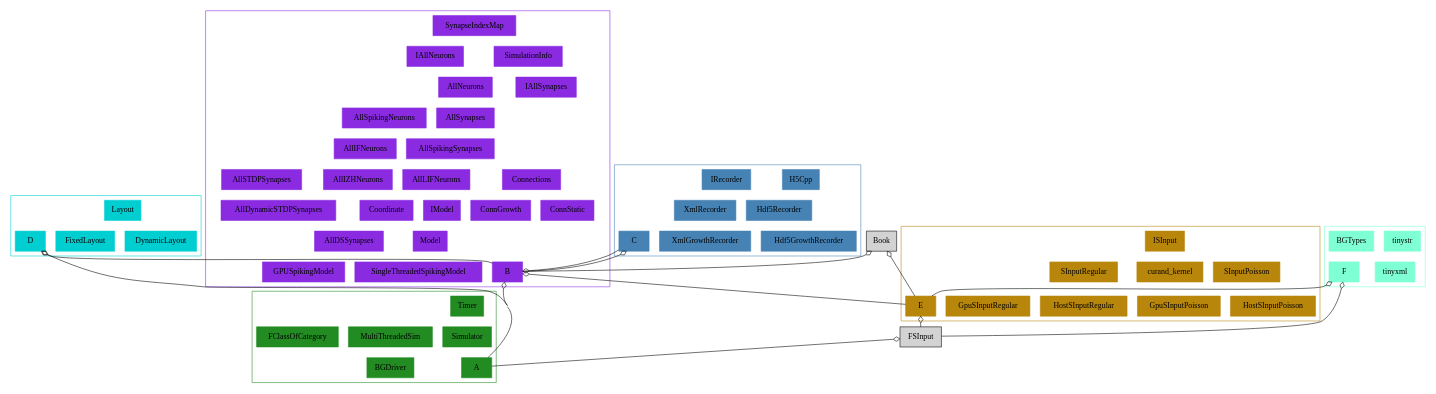
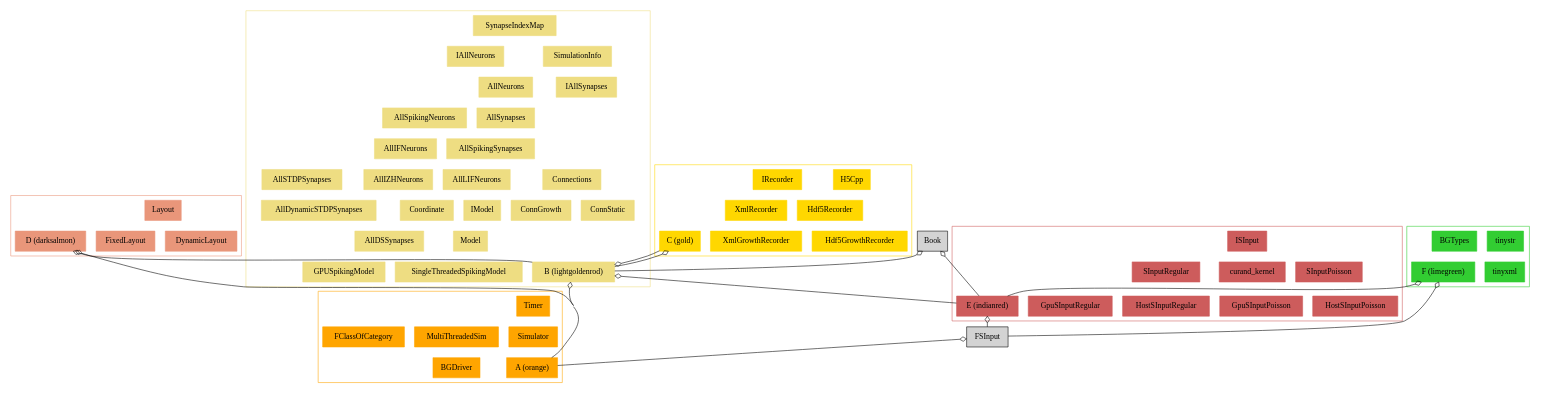
The diagram in Tools/DiagramGenerator/ExampleOutputs/out_block_overview.dot (UWB-Biocomputing/BrainGrid), drawn with Graphviz before and after one commit. The commit also changed 9 other files, not shown here.

```diff
--- a/Tools/DiagramGenerator/ExampleOutputs/out_block_overview.dot
+++ b/Tools/DiagramGenerator/ExampleOutputs/out_block_overview.dot
@@ -7,15 +7,15 @@
 
 
 	subgraph clusterA {
-		node [shape = record];
+		color = orange
+		node [shape = record, color = orange];
 
-		color = forestgreen
-		BGDriver[label = BGDriver, style = filled, color = forestgreen];
-		FClassOfCategory[label = FClassOfCategory, style = filled, color = forestgreen];
-		MultiThreadedSim[label = MultiThreadedSim, style = filled, color = forestgreen];
-		Simulator[label = Simulator, style = filled, color = forestgreen];
-		Timer[label = Timer, style = filled, color = forestgreen];
-		A[label = A, style = filled, color = forestgreen];
+		BGDriver[label = BGDriver, style = filled];
+		FClassOfCategory[label = FClassOfCategory, style = filled];
+		MultiThreadedSim[label = MultiThreadedSim, style = filled];
+		Simulator[label = Simulator, style = filled];
+		Timer[label = Timer, style = filled];
+		A[label = "A (orange)", style = filled];
 
 
 		//------LAYOUT FOR SUBGRAPH------
@@ -42,32 +42,32 @@
 
 
 	subgraph clusterB {
-		node [shape = record];
+		color = lightgoldenrod
+		node [shape = record, color = lightgoldenrod];
 
-		color = blueviolet
-		AllDSSynapses[label = AllDSSynapses, style = filled, color = blueviolet];
-		AllDynamicSTDPSynapses[label = AllDynamicSTDPSynapses, style = filled, color = blueviolet];
-		AllIFNeurons[label = AllIFNeurons, style = filled, color = blueviolet];
-		AllIZHNeurons[label = AllIZHNeurons, style = filled, color = blueviolet];
-		AllLIFNeurons[label = AllLIFNeurons, style = filled, color = blueviolet];
-		AllNeurons[label = AllNeurons, style = filled, color = blueviolet];
-		AllSTDPSynapses[label = AllSTDPSynapses, style = filled, color = blueviolet];
-		AllSpikingNeurons[label = AllSpikingNeurons, style = filled, color = blueviolet];
-		AllSpikingSynapses[label = AllSpikingSynapses, style = filled, color = blueviolet];
-		AllSynapses[label = AllSynapses, style = filled, color = blueviolet];
-		ConnGrowth[label = ConnGrowth, style = filled, color = blueviolet];
-		ConnStatic[label = ConnStatic, style = filled, color = blueviolet];
-		Connections[label = Connections, style = filled, color = blueviolet];
-		Coordinate[label = Coordinate, style = filled, color = blueviolet];
-		GPUSpikingModel[label = GPUSpikingModel, style = filled, color = blueviolet];
-		IAllNeurons[label = IAllNeurons, style = filled, color = blueviolet];
-		IAllSynapses[label = IAllSynapses, style = filled, color = blueviolet];
-		IModel[label = IModel, style = filled, color = blueviolet];
-		Model[label = Model, style = filled, color = blueviolet];
-		SimulationInfo[label = SimulationInfo, style = filled, color = blueviolet];
-		SingleThreadedSpikingModel[label = SingleThreadedSpikingModel, style = filled, color = blueviolet];
-		SynapseIndexMap[label = SynapseIndexMap, style = filled, color = blueviolet];
-		B[label = B, style = filled, color = blueviolet];
+		AllDSSynapses[label = AllDSSynapses, style = filled];
+		AllDynamicSTDPSynapses[label = AllDynamicSTDPSynapses, style = filled];
+		AllIFNeurons[label = AllIFNeurons, style = filled];
+		AllIZHNeurons[label = AllIZHNeurons, style = filled];
+		AllLIFNeurons[label = AllLIFNeurons, style = filled];
+		AllNeurons[label = AllNeurons, style = filled];
+		AllSTDPSynapses[label = AllSTDPSynapses, style = filled];
+		AllSpikingNeurons[label = AllSpikingNeurons, style = filled];
+		AllSpikingSynapses[label = AllSpikingSynapses, style = filled];
+		AllSynapses[label = AllSynapses, style = filled];
+		ConnGrowth[label = ConnGrowth, style = filled];
+		ConnStatic[label = ConnStatic, style = filled];
+		Connections[label = Connections, style = filled];
+		Coordinate[label = Coordinate, style = filled];
+		GPUSpikingModel[label = GPUSpikingModel, style = filled];
+		IAllNeurons[label = IAllNeurons, style = filled];
+		IAllSynapses[label = IAllSynapses, style = filled];
+		IModel[label = IModel, style = filled];
+		Model[label = Model, style = filled];
+		SimulationInfo[label = SimulationInfo, style = filled];
+		SingleThreadedSpikingModel[label = SingleThreadedSpikingModel, style = filled];
+		SynapseIndexMap[label = SynapseIndexMap, style = filled];
+		B[label = "B (lightgoldenrod)", style = filled];
 
 
 		//------LAYOUT FOR SUBGRAPH------
@@ -159,16 +159,16 @@
 
 
 	subgraph clusterC {
-		node [shape = record];
+		color = gold
+		node [shape = record, color = gold];
 
-		color = steelblue
-		H5Cpp[label = H5Cpp, style = filled, color = steelblue];
-		Hdf5GrowthRecorder[label = Hdf5GrowthRecorder, style = filled, color = steelblue];
-		Hdf5Recorder[label = Hdf5Recorder, style = filled, color = steelblue];
-		IRecorder[label = IRecorder, style = filled, color = steelblue];
-		XmlGrowthRecorder[label = XmlGrowthRecorder, style = filled, color = steelblue];
-		XmlRecorder[label = XmlRecorder, style = filled, color = steelblue];
-		C[label = C, style = filled, color = steelblue];
+		H5Cpp[label = H5Cpp, style = filled];
+		Hdf5GrowthRecorder[label = Hdf5GrowthRecorder, style = filled];
+		Hdf5Recorder[label = Hdf5Recorder, style = filled];
+		IRecorder[label = IRecorder, style = filled];
+		XmlGrowthRecorder[label = XmlGrowthRecorder, style = filled];
+		XmlRecorder[label = XmlRecorder, style = filled];
+		C[label = "C (gold)", style = filled];
 
 
 		//------LAYOUT FOR SUBGRAPH------
@@ -201,13 +201,13 @@
 
 
 	subgraph clusterD {
-		node [shape = record];
+		color = darksalmon
+		node [shape = record, color = darksalmon];
 
-		color = darkturquoise
-		DynamicLayout[label = DynamicLayout, style = filled, color = darkturquoise];
-		FixedLayout[label = FixedLayout, style = filled, color = darkturquoise];
-		Layout[label = Layout, style = filled, color = darkturquoise];
-		D[label = D, style = filled, color = darkturquoise];
+		DynamicLayout[label = DynamicLayout, style = filled];
+		FixedLayout[label = FixedLayout, style = filled];
+		Layout[label = Layout, style = filled];
+		D[label = "D (darksalmon)", style = filled];
 
 
 		//------LAYOUT FOR SUBGRAPH------
@@ -232,18 +232,18 @@
 
 
 	subgraph clusterE {
-		node [shape = record];
+		color = indianred
+		node [shape = record, color = indianred];
 
-		color = darkgoldenrod
-		GpuSInputPoisson[label = GpuSInputPoisson, style = filled, color = darkgoldenrod];
-		GpuSInputRegular[label = GpuSInputRegular, style = filled, color = darkgoldenrod];
-		HostSInputPoisson[label = HostSInputPoisson, style = filled, color = darkgoldenrod];
-		HostSInputRegular[label = HostSInputRegular, style = filled, color = darkgoldenrod];
-		ISInput[label = ISInput, style = filled, color = darkgoldenrod];
-		SInputPoisson[label = SInputPoisson, style = filled, color = darkgoldenrod];
-		SInputRegular[label = SInputRegular, style = filled, color = darkgoldenrod];
-		curand_kernel[label = curand_kernel, style = filled, color = darkgoldenrod];
-		E[label = E, style = filled, color = darkgoldenrod];
+		GpuSInputPoisson[label = GpuSInputPoisson, style = filled];
+		GpuSInputRegular[label = GpuSInputRegular, style = filled];
+		HostSInputPoisson[label = HostSInputPoisson, style = filled];
+		HostSInputRegular[label = HostSInputRegular, style = filled];
+		ISInput[label = ISInput, style = filled];
+		SInputPoisson[label = SInputPoisson, style = filled];
+		SInputRegular[label = SInputRegular, style = filled];
+		curand_kernel[label = curand_kernel, style = filled];
+		E[label = "E (indianred)", style = filled];
 
 
 		//------LAYOUT FOR SUBGRAPH------
@@ -278,13 +278,13 @@
 
 
 	subgraph clusterF {
-		node [shape = record];
+		color = limegreen
+		node [shape = record, color = limegreen];
 
-		color = aquamarine
-		BGTypes[label = BGTypes, style = filled, color = aquamarine];
-		tinystr[label = tinystr, style = filled, color = aquamarine];
-		tinyxml[label = tinyxml, style = filled, color = aquamarine];
-		F[label = F, style = filled, color = aquamarine];
+		BGTypes[label = BGTypes, style = filled];
+		tinystr[label = tinystr, style = filled];
+		tinyxml[label = tinyxml, style = filled];
+		F[label = "F (limegreen)", style = filled];
 
 
 		//------LAYOUT FOR SUBGRAPH------
@@ -310,6 +310,7 @@
 	subgraph G {
 		node [shape = record];
 
+
 		FSInput[label = FSInput, style = filled];
 
 
@@ -332,6 +333,7 @@
 
 	subgraph H {
 		node [shape = record];
+
 
 		Book[label = Book, style = filled];
 
```
